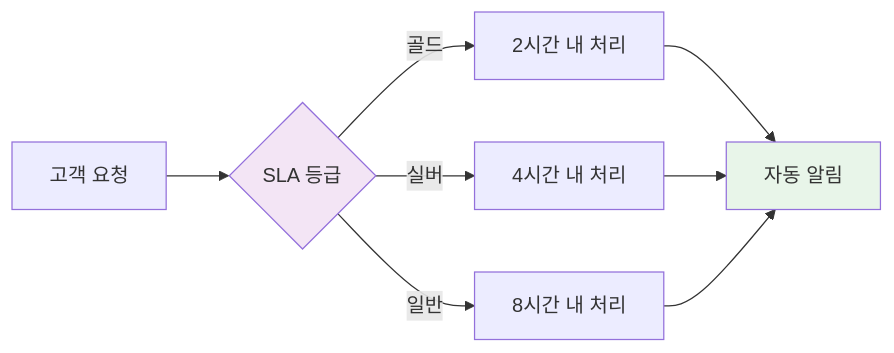
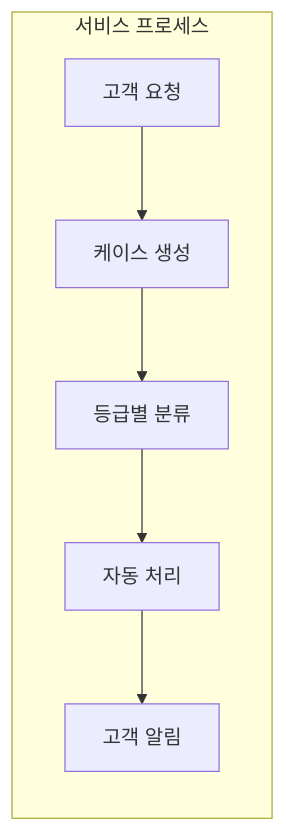
One commit to WJY-ador/Salesforce_Yashija_Project changed the fourth of 4 diagrams in README.md. Above: the diagram before and after it, drawn with Mermaid. The commit also changed other lines of this file, not shown here.

````diff
--- a/README.md
+++ b/README.md
@@ -193,13 +125,9 @@
 ```mermaid
 flowchart LR
-    A[고객 요청] --> B{SLA 등급}
-    B -->|골드| C[2시간 내 처리]
-    B -->|실버| D[4시간 내 처리]
-    B -->|일반| E[8시간 내 처리]
-    C --> F[자동 알림]
-    D --> F
-    E --> F
-    
-    style B fill:#f3e5f5
-    style F fill:#e8f5e9
+    subgraph "서비스 프로세스"
+        A[고객 요청] --> B[케이스 생성]
+        B --> C[등급별 분류]
+        C --> D[자동 처리]
+        D --> E[고객 알림]
+    end
 ```
````
